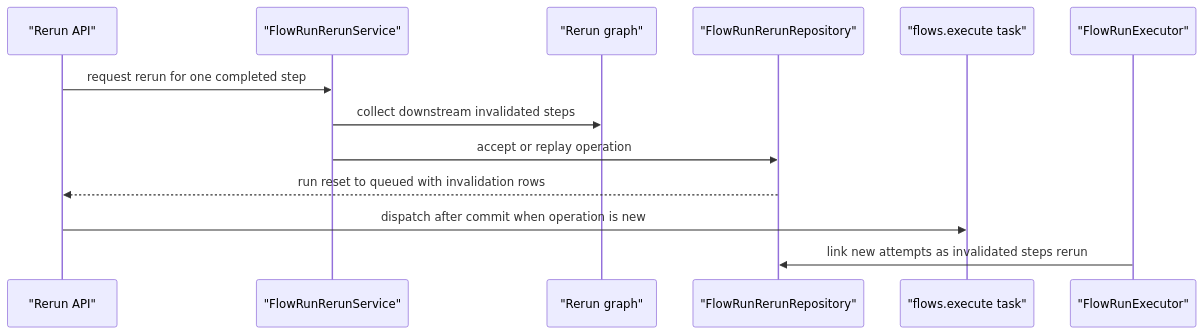
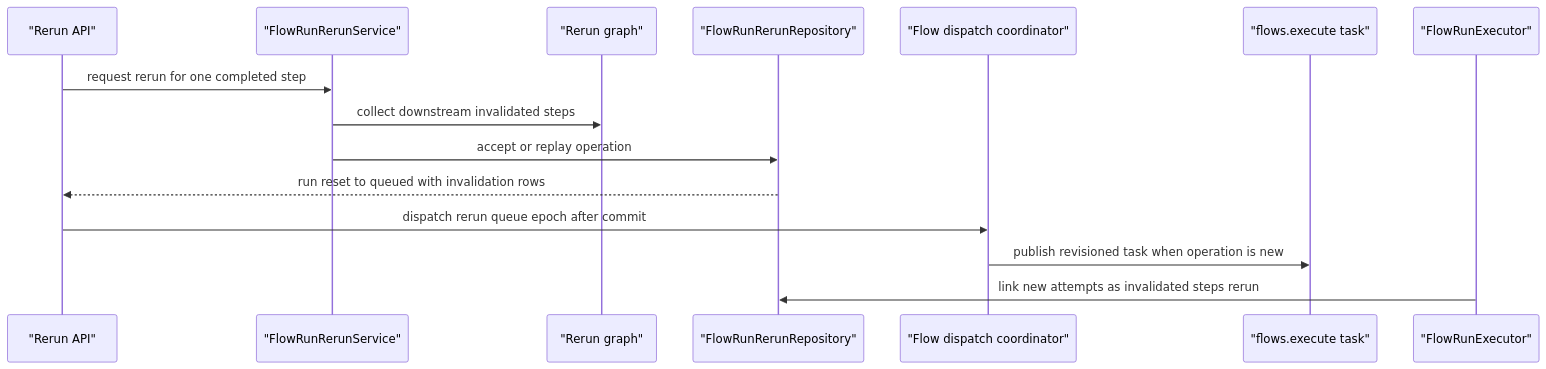
Before and after one commit to eneo-ai/eneo: the seventh of 7 diagrams in frontend/apps/docs-site/src/content/docs/flows-for-developers/run-lifecycle.mdx, drawn with Mermaid. The commit also changed other lines of this file and 10 other files, not shown here.

First line of the commit message:
fix(flows-api): publish truthful dispatch recovery state

````diff
--- a/frontend/apps/docs-site/src/content/docs/flows-for-developers/run-lifecycle.mdx
+++ b/frontend/apps/docs-site/src/content/docs/flows-for-developers/run-lifecycle.mdx
@@ -274,16 +280,18 @@
 ```mermaid
 %%{init: {"themeVariables": {"background": "#f8f6f0", "primaryColor": "#e8ded1", "primaryTextColor": "#242620", "primaryBorderColor": "#6f7b5d", "secondaryColor": "#d7e0d2", "tertiaryColor": "#f1ece4", "lineColor": "#78816f", "edgeLabelBackground": "#f8f6f0", "clusterBkg": "#f4efe7", "clusterBorder": "#9a8a73", "fontFamily": "Inter, ui-sans-serif, system-ui, sans-serif"}}}%%
 sequenceDiagram
   participant API as "Rerun API"
   participant Service as "FlowRunRerunService"
   participant Graph as "Rerun graph"
   participant Repo as "FlowRunRerunRepository"
+  participant Dispatch as "Flow dispatch coordinator"
   participant Worker as "flows.execute task"
   participant Executor as "FlowRunExecutor"
   API->>Service: request rerun for one completed step
   Service->>Graph: collect downstream invalidated steps
   Service->>Repo: accept or replay operation
   Repo-->>API: run reset to queued with invalidation rows
-  API->>Worker: dispatch after commit when operation is new
+  API->>Dispatch: dispatch rerun queue epoch after commit
+  Dispatch->>Worker: publish revisioned task when operation is new
   Executor->>Repo: link new attempts as invalidated steps rerun
 ```
````
